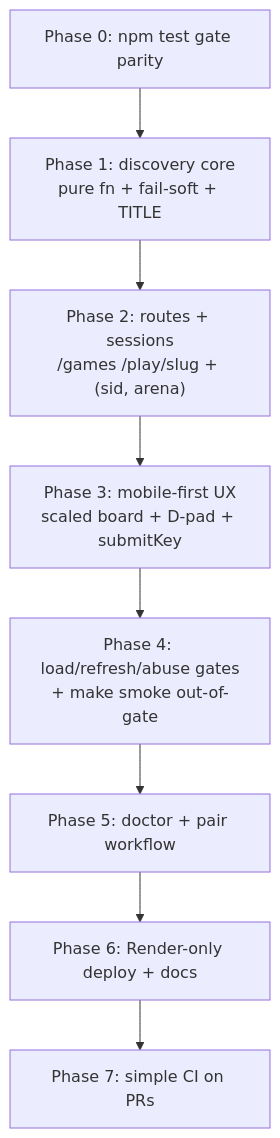
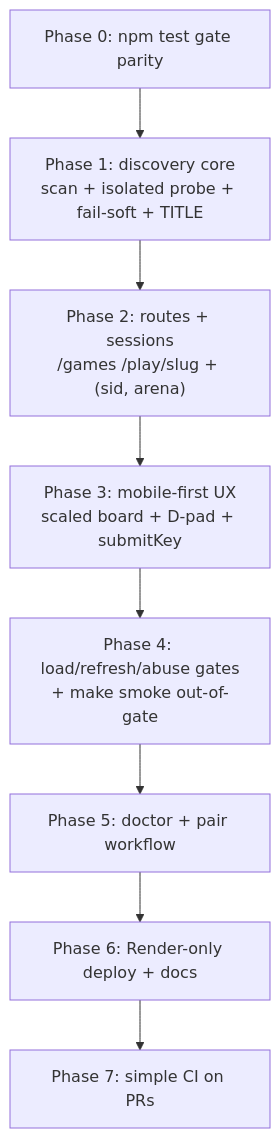
The diagram in plans/class_arcade_plan.md (roycan/pygame-engine), drawn with Mermaid before and after one commit. The commit also changed other lines of this file and 14 other files, not shown here.

````diff
--- a/plans/class_arcade_plan.md
+++ b/plans/class_arcade_plan.md
@@ -27,10 +27,10 @@
 ```mermaid
 flowchart TD
-    P0["Phase 0: npm test gate parity"] --> P1["Phase 1: discovery core<br/>pure fn + fail-soft + TITLE"]
+    P0["Phase 0: npm test gate parity"] --> P1["Phase 1: discovery core<br/>scan + isolated probe + fail-soft + TITLE"]
     P1 --> P2["Phase 2: routes + sessions<br/>/games /play/slug + (sid, arena)"]
     P2 --> P3["Phase 3: mobile-first UX<br/>scaled board + D-pad + submitKey"]
     P3 --> P4["Phase 4: load/refresh/abuse gates<br/>+ make smoke out-of-gate"]
     P4 --> P5["Phase 5: doctor + pair workflow"]
     P5 --> P6["Phase 6: Render-only deploy + docs"]
     P6 --> P7["Phase 7: simple CI on PRs"]
 ```
````
